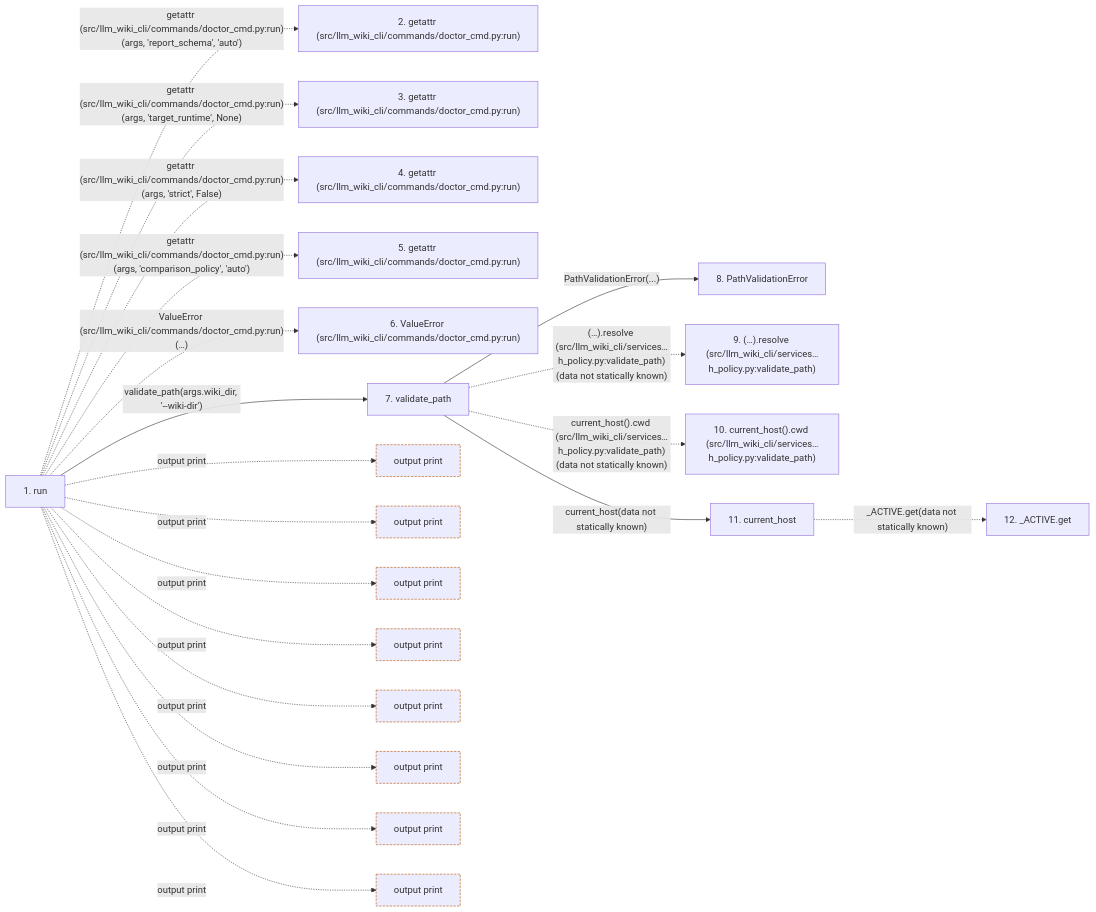
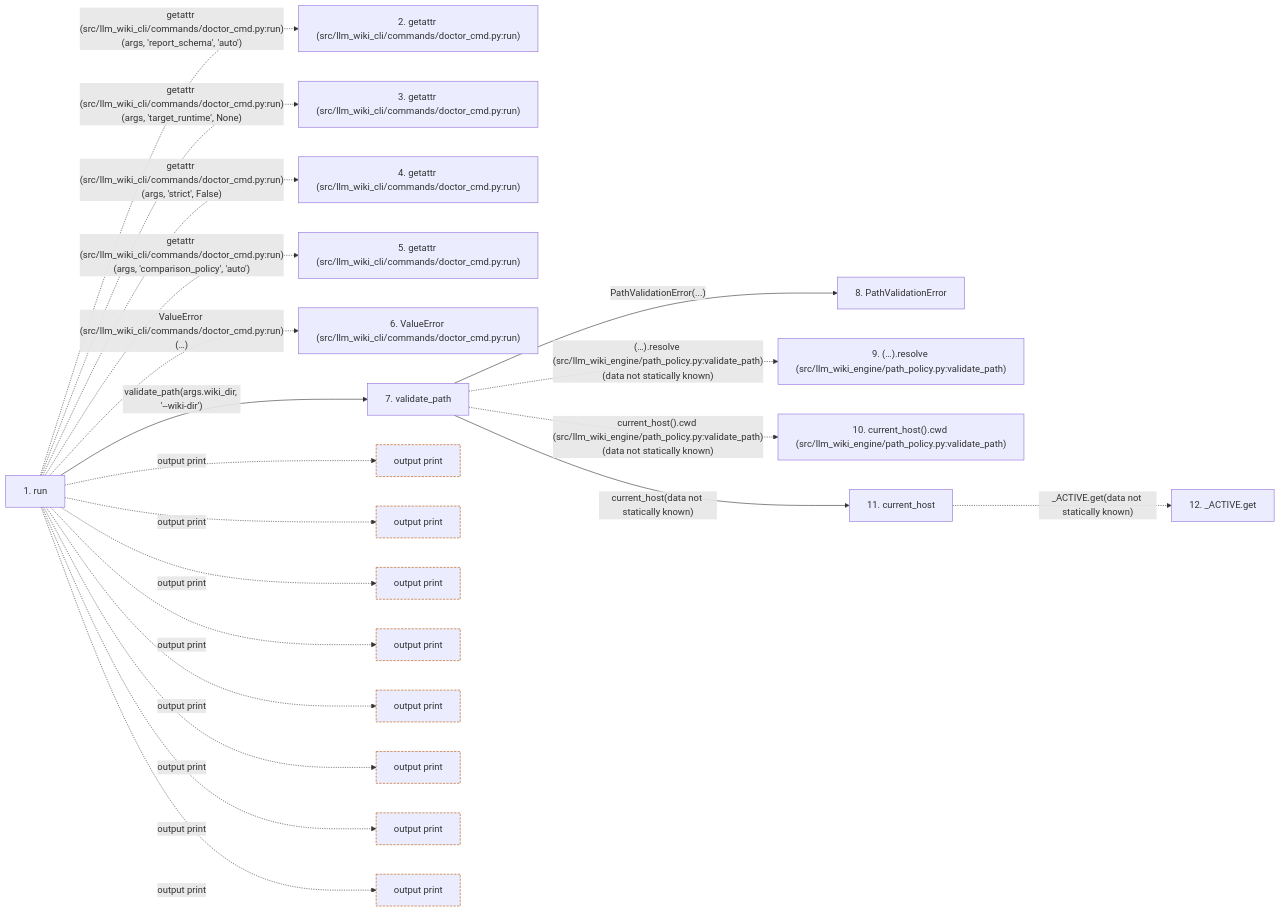
The second of 2 diagrams in docs/llm_wiki/flows/cli-doctor.md (Denissvgn/python-wiki-llm), drawn with Mermaid before and after one commit. The commit also changed other lines of this file and 739 other files, not shown here.

First line of the commit message:
docs: refresh the wiki for the second engine batch

````diff
--- a/docs/llm_wiki/flows/cli-doctor.md
+++ b/docs/llm_wiki/flows/cli-doctor.md
@@ -205,55 +205,55 @@
 ```mermaid
 flowchart LR
     s1["1. run"]
     s2["2. getattr (src/llm_wiki_cli/commands/doctor_cmd.py:run)"]
     s3["3. getattr (src/llm_wiki_cli/commands/doctor_cmd.py:run)"]
     s4["4. getattr (src/llm_wiki_cli/commands/doctor_cmd.py:run)"]
     s5["5. getattr (src/llm_wiki_cli/commands/doctor_cmd.py:run)"]
     s6["6. ValueError (src/llm_wiki_cli/commands/doctor_cmd.py:run)"]
     s7["7. validate_path"]
     s8["8. PathValidationError"]
-    s9["9. (…).resolve (src/llm_wiki_cli/services…h_policy.py:validate_path)"]
-    s10["10. current_host().cwd (src/llm_wiki_cli/services…h_policy.py:validate_path)"]
+    s9["9. (…).resolve (src/llm_wiki_engine/path_policy.py:validate_path)"]
+    s10["10. current_host().cwd (src/llm_wiki_engine/path_policy.py:validate_path)"]
     s11["11. current_host"]
     s12["12. _ACTIVE.get"]
     s1 -. "getattr (src/llm_wiki_cli/commands/doctor_cmd.py:run)(args, 'report_schema', 'auto')" .-> s2
     s1 -. "getattr (src/llm_wiki_cli/commands/doctor_cmd.py:run)(args, 'target_runtime', None)" .-> s3
     s1 -. "getattr (src/llm_wiki_cli/commands/doctor_cmd.py:run)(args, 'strict', False)" .-> s4
     s1 -. "getattr (src/llm_wiki_cli/commands/doctor_cmd.py:run)(args, 'comparison_policy', 'auto')" .-> s5
     s1 -. "ValueError (src/llm_wiki_cli/commands/doctor_cmd.py:run)(…)" .-> s6
     s1 -->|"validate_path(args.wiki_dir, '--wiki-dir')"| s7
     s7 -->|"PathValidationError(...)"| s8
-    s7 -. "(…).resolve (src/llm_wiki_cli/services…h_policy.py:validate_path)(data not statically known)" .-> s9
-    s7 -. "current_host().cwd (src/llm_wiki_cli/services…h_policy.py:validate_path)(data not statically known)" .-> s10
+    s7 -. "(…).resolve (src/llm_wiki_engine/path_policy.py:validate_path)(data not statically known)" .-> s9
+    s7 -. "current_host().cwd (src/llm_wiki_engine/path_policy.py:validate_path)(data not statically known)" .-> s10
     s7 -->|"current_host(data not statically known)"| s11
     s11 -. "_ACTIVE.get(data not statically known)" .-> s12
     b0["output print"]
     s1 -. "output print" .-> b0
     b1["output print"]
     s1 -. "output print" .-> b1
     b2["output print"]
     s1 -. "output print" .-> b2
     b3["output print"]
     s1 -. "output print" .-> b3
     b4["output print"]
     s1 -. "output print" .-> b4
     b5["output print"]
     s1 -. "output print" .-> b5
     b6["output print"]
     s1 -. "output print" .-> b6
     b7["output print"]
     s1 -. "output print" .-> b7
     click s1 "../modules/doctor_cmd.md"
     click s7 "../modules/path_policy.md"
     click s8 "../modules/path_policy.md"
     click s11 "../modules/host.md"
     classDef boundary stroke:#b45309,stroke-dasharray: 4 2
     class b0 boundary
     class b1 boundary
     class b2 boundary
     class b3 boundary
     class b4 boundary
     class b5 boundary
     class b6 boundary
     class b7 boundary
 ```
````
